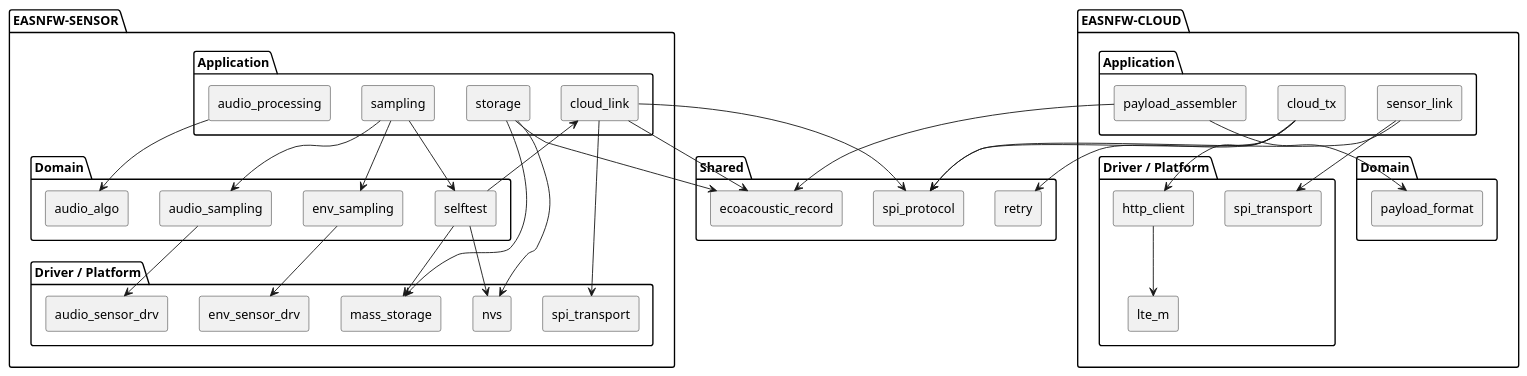
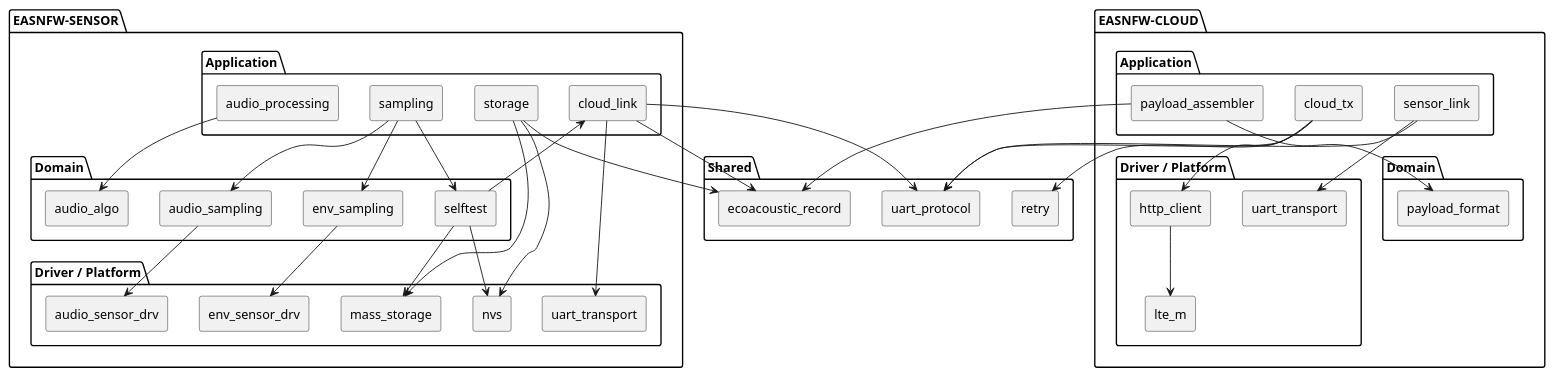
One commit to hslourenc/easnfw changed the diagram in docs/sphinx/source/chapters/design.rst. Above: the diagram before and after it, drawn with PlantUML. The commit also changed other lines of this file and 10 other files, not shown here.

Commit message:
Refine EASN data, audio, verification, and backend architecture (#6)

```diff
--- a/docs/sphinx/source/chapters/design.rst
+++ b/docs/sphinx/source/chapters/design.rst
@@ -214,75 +216,75 @@
 .. uml::
 
    @startuml
    skinparam componentStyle rectangle
    skinparam backgroundColor transparent
 
    package "Shared" {
-     [spi_protocol] as SpiProto
+     [uart_protocol] as UartProto
      [ecoacoustic_record] as Record
      [retry] as Retry
    }
 
    package "EASNFW-SENSOR" {
      package "Application" as SensorApp {
        [sampling] as Sampling
        [audio_processing] as AudioProc
        [storage] as Storage
        [cloud_link] as CloudLink
      }
      package "Domain" as SensorDomain {
        [audio_sampling] as AudioSampling
        [env_sampling] as EnvSampling
        [audio_algo] as AudioAlgo
        [selftest] as Selftest
      }
      package "Driver / Platform" as SensorDriver {
        [audio_sensor_drv] as AudioDrv
        [env_sensor_drv] as EnvDrv
        [mass_storage] as MassStorage
        [nvs] as Nvs
-       [spi_transport] as SpiTransportS
+       [uart_transport] as UartTransportS
      }
    }
 
    package "EASNFW-CLOUD" {
      package "Application" as CloudApp {
        [sensor_link] as SensorLink
        [payload_assembler] as Assembler
        [cloud_tx] as CloudTx
      }
      package "Domain" as CloudDomain {
        [payload_format] as PayloadFormat
      }
      package "Driver / Platform" as CloudDriver {
-       [spi_transport] as SpiTransportC
+       [uart_transport] as UartTransportC
        [http_client] as HttpClient
        [lte_m] as LteM
      }
    }
 
    Sampling --> AudioSampling
    Sampling --> EnvSampling
    Sampling --> Selftest
    AudioSampling --> AudioDrv
    EnvSampling --> EnvDrv
    AudioProc --> AudioAlgo
    Storage --> MassStorage
    Storage --> Nvs
    Storage --> Record
    Selftest --> Nvs
    Selftest --> MassStorage
    Selftest --> CloudLink
-   CloudLink --> SpiTransportS
-   CloudLink --> SpiProto
+   CloudLink --> UartTransportS
+   CloudLink --> UartProto
    CloudLink --> Record
 
-   SensorLink --> SpiTransportC
-   SensorLink --> SpiProto
+   SensorLink --> UartTransportC
+   SensorLink --> UartProto
    Assembler --> PayloadFormat
    Assembler --> Record
    CloudTx --> HttpClient
    CloudTx --> Retry
-   CloudTx --> SpiProto
+   CloudTx --> UartProto
    HttpClient --> LteM
    @enduml
```
